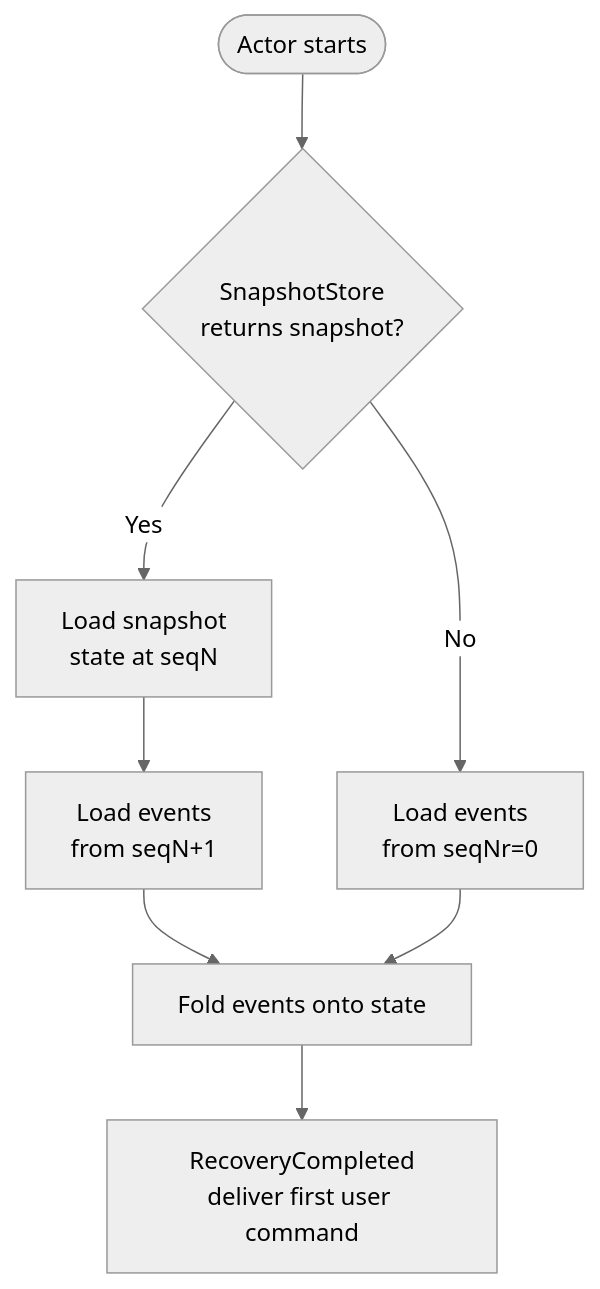
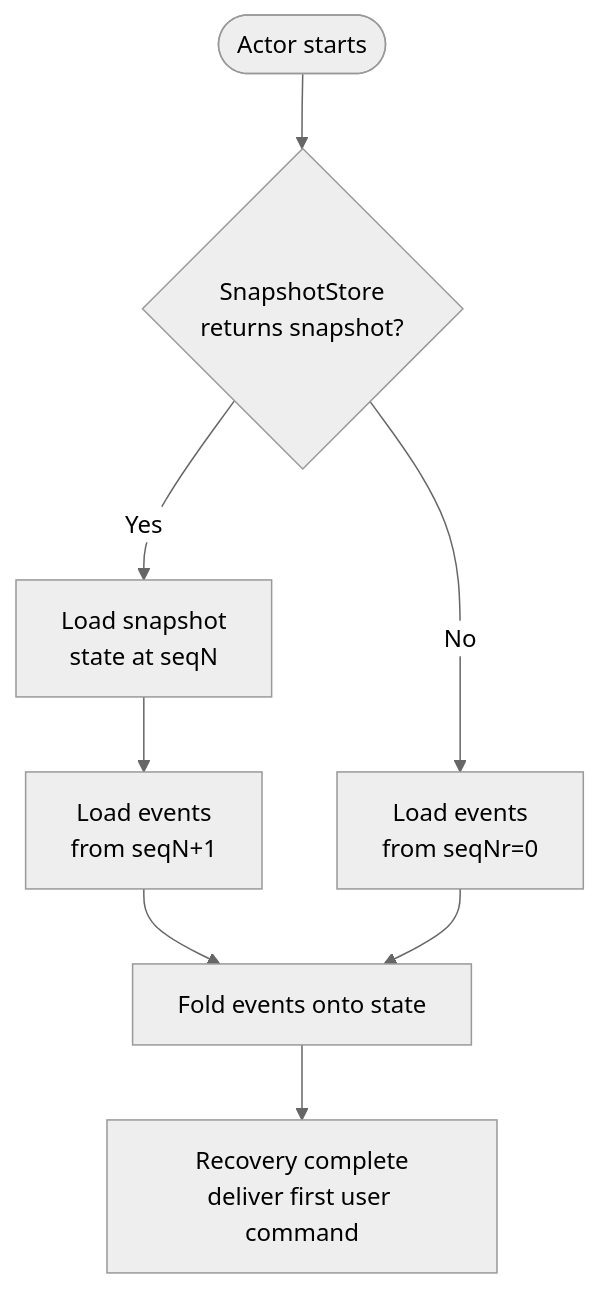
One commit to nexus-actors/nexus changed the fourth of 4 diagrams in website/docs/persistence/event-sourcing.md. Above: the diagram before and after it, drawn with Mermaid (neutral theme). The commit also changed other lines of this file and 50 other files, not shown here.

````diff
--- a/website/docs/persistence/event-sourcing.md
+++ b/website/docs/persistence/event-sourcing.md
@@ -149,10 +153,10 @@
 ```mermaid
 flowchart TD
     Start([Actor starts]) --> LSS{SnapshotStore\nreturns snapshot?}
     LSS -->|Yes| LoadSnap[Load snapshot\nstate at seqN]
     LSS -->|No| LoadAll[Load events\nfrom seqNr=0]
     LoadSnap --> LoadDelta[Load events\nfrom seqN+1]
     LoadDelta --> Replay[Fold events onto state]
     LoadAll --> Replay
-    Replay --> RC[RecoveryCompleted\ndeliver first user command]
+    Replay --> RC[Recovery complete\ndeliver first user command]
 ```
````
